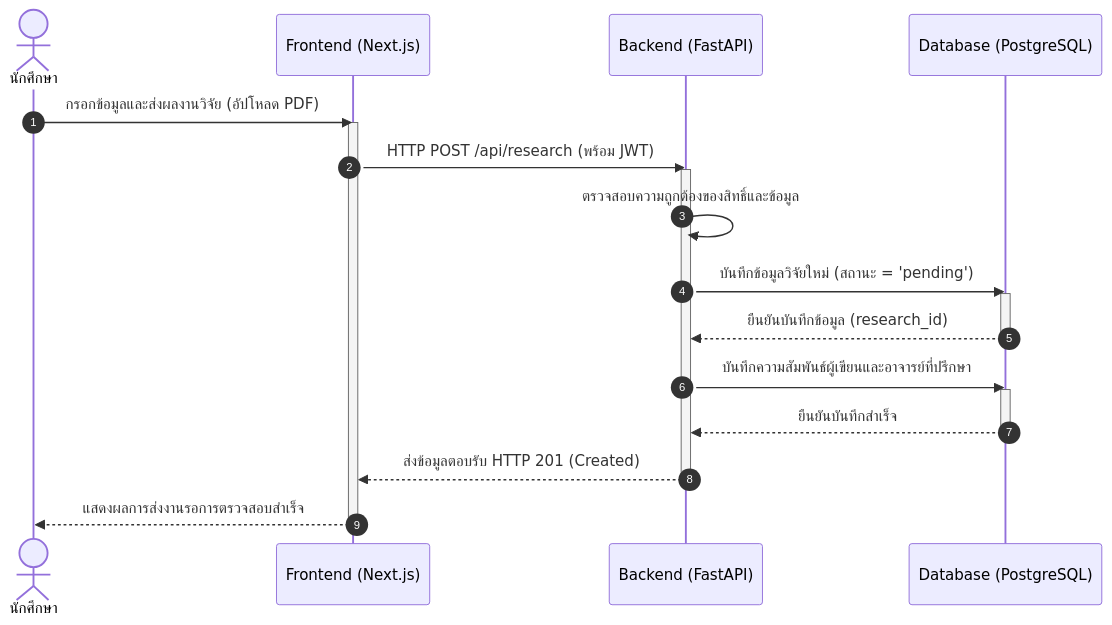
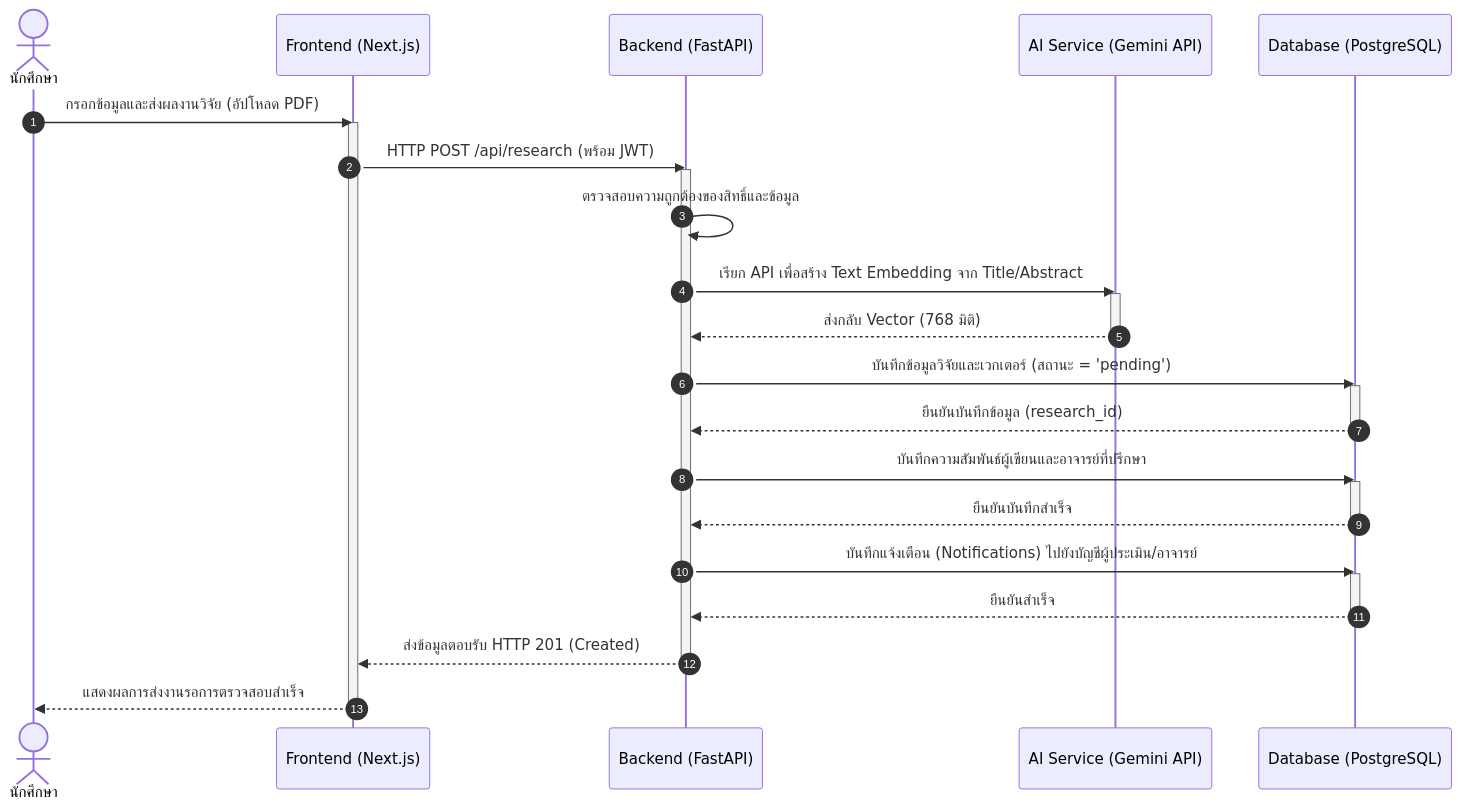
Before and after one commit to Phoomss/UniResearch: the sixth of 7 diagrams in docs/UniResearch_UML_Diagrams.md, drawn with Mermaid. The commit also changed other lines of this file and 2 other files, not shown here.

Commit message:
feat: enhance infrastructure documentation and UML diagrams with AI integration details

````diff
--- a/docs/UniResearch_UML_Diagrams.md
+++ b/docs/UniResearch_UML_Diagrams.md
@@ -366,26 +392,35 @@
 ```mermaid
 sequenceDiagram
     autonumber
     actor Student as นักศึกษา
     participant Frontend as Frontend (Next.js)
     participant Backend as Backend (FastAPI)
+    participant AI as AI Service (Gemini API)
     participant DB as Database (PostgreSQL)
 
     Student->>Frontend: กรอกข้อมูลและส่งผลงานวิจัย (อัปโหลด PDF)
     activate Frontend
     Frontend->>Backend: HTTP POST /api/research (พร้อม JWT)
     activate Backend
     Backend->>Backend: ตรวจสอบความถูกต้องของสิทธิ์และข้อมูล
-    Backend->>DB: บันทึกข้อมูลวิจัยใหม่ (สถานะ = 'pending')
+    Backend->>AI: เรียก API เพื่อสร้าง Text Embedding จาก Title/Abstract
+    activate AI
+    AI-->>Backend: ส่งกลับ Vector (768 มิติ)
+    deactivate AI
+    Backend->>DB: บันทึกข้อมูลวิจัยและเวกเตอร์ (สถานะ = 'pending')
     activate DB
     DB-->>Backend: ยืนยันบันทึกข้อมูล (research_id)
     deactivate DB
     Backend->>DB: บันทึกความสัมพันธ์ผู้เขียนและอาจารย์ที่ปรึกษา
     activate DB
     DB-->>Backend: ยืนยันบันทึกสำเร็จ
     deactivate DB
+    Backend->>DB: บันทึกแจ้งเตือน (Notifications) ไปยังบัญชีผู้ประเมิน/อาจารย์
+    activate DB
+    DB-->>Backend: ยืนยันสำเร็จ
+    deactivate DB
     Backend-->>Frontend: ส่งข้อมูลตอบรับ HTTP 201 (Created)
     deactivate Backend
     Frontend-->>Student: แสดงผลการส่งงานรอการตรวจสอบสำเร็จ
     deactivate Frontend
 ```
````
